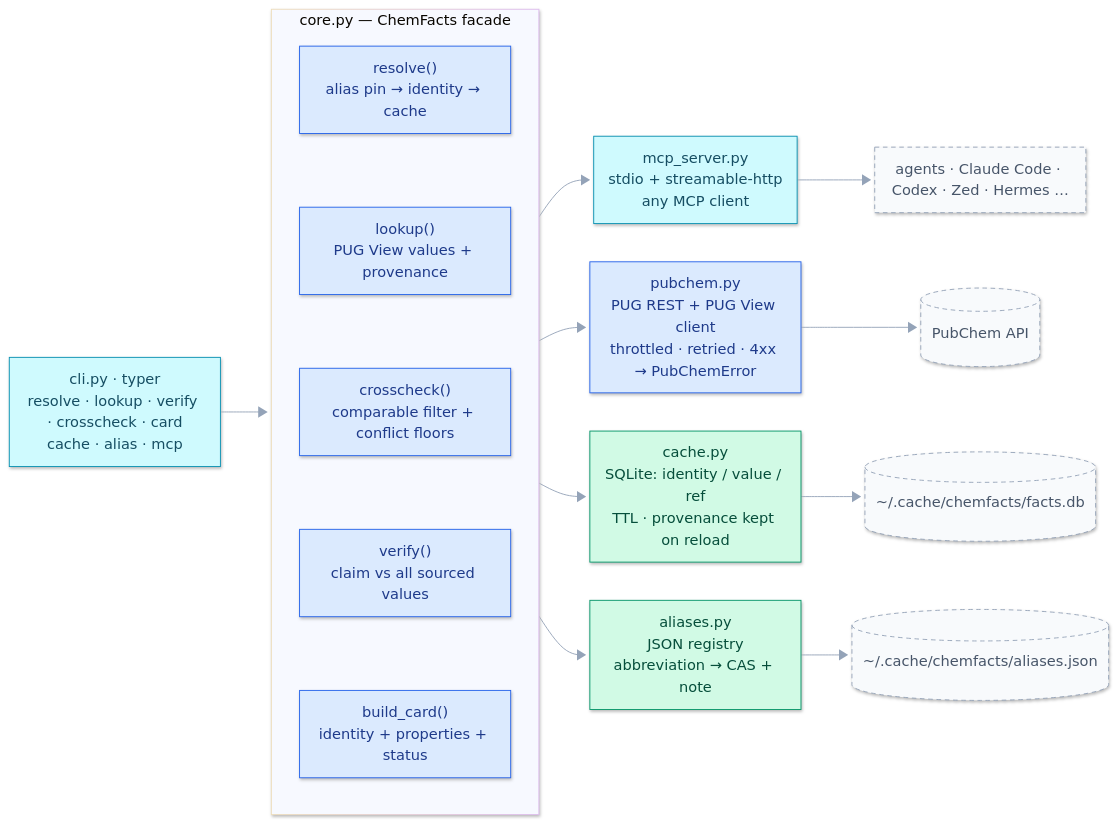
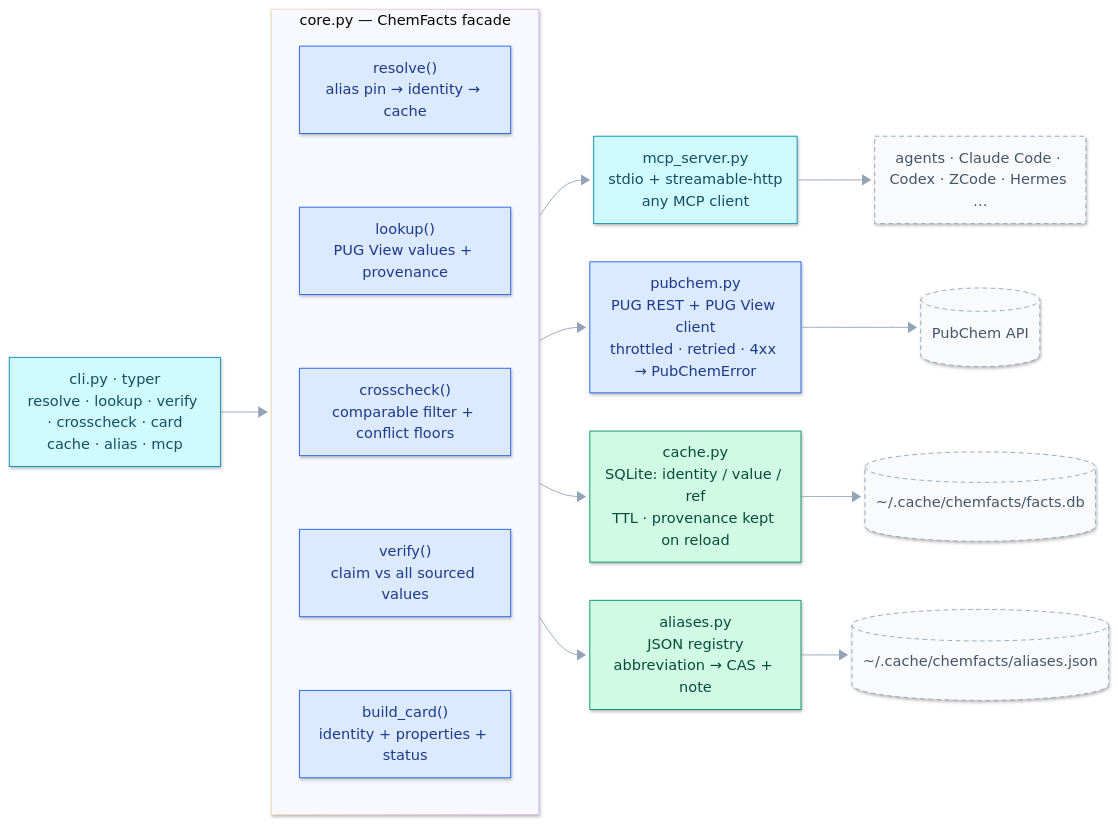
The fifth of 5 diagrams in README.md (CL4Y68/chemfacts), drawn with Mermaid before and after one commit. The commit also changed other lines of this file and 1 other file, not shown here.

Commit message:
docs: fix agent name — ZCode (Zhipu/Z.ai) where 'Zed' was wrongly written
The user's requirement list was Claude Code / Codex / ZCode / DeepSeek
harnesses; the README had drifted to 'Zed' (a different, Zed-editor) in
4 places (arch diagram node + MCP intro paragraph, EN+ZH). Verified
ZCode is an MCP client (mcpServers config, zcode.z.ai) and restored it.

````diff
--- a/README.md
+++ b/README.md
@@ -210,38 +210,38 @@
 ```mermaid
 %%{init: {"look": "neo", "theme": "base", "themeVariables": {"lineColor": "#94a3b8", "primaryTextColor": "#0f172a", "edgeLabelBackground": "#ffffff"}, "flowchart": {"curve": "basis", "htmlLabels": true, "nodeSpacing": 42, "rankSpacing": 56, "padding": 10}} }%%
 flowchart LR
     CLI["cli.py · typer<br/>resolve · lookup · verify · crosscheck · card<br/>cache · alias · mcp"]:::mcp
     subgraph CORE["core.py — ChemFacts facade"]
         direction TB
         R["resolve()<br/>alias pin → identity → cache"]:::proc
         L["lookup()<br/>PUG View values + provenance"]:::proc
         X["crosscheck()<br/>comparable filter + conflict floors"]:::proc
         V["verify()<br/>claim vs all sourced values"]:::proc
         C["build_card()<br/>identity + properties + status"]:::proc
 
         R ~~~ L
         L ~~~ X
         X ~~~ V
         V ~~~ C
     end
     CLI --> CORE
     M["mcp_server.py<br/>stdio + streamable-http<br/>any MCP client"]:::mcp
     CORE --> M
-    M --> AG["agents · Claude Code · Codex · Zed · Hermes …"]:::ext
+    M --> AG["agents · Claude Code · Codex · ZCode · Hermes …"]:::ext
     CORE --> P["pubchem.py<br/>PUG REST + PUG View client<br/>throttled · retried · 4xx → PubChemError"]:::proc
     CORE --> CA["cache.py<br/>SQLite: identity / value / ref<br/>TTL · provenance kept on reload"]:::store
     CORE --> AL["aliases.py<br/>JSON registry<br/>abbreviation → CAS + note"]:::store
     P --> PC[("PubChem API")]:::ext
     CA --> DB[("~/.cache/chemfacts/facts.db")]:::ext
     AL --> J[("~/.cache/chemfacts/aliases.json")]:::ext
     classDef io      fill:#e0e7ff,stroke:#4f46e5,stroke-width:2px,color:#312e81
     classDef proc    fill:#dbeafe,stroke:#2563eb,color:#1e3a8a
     classDef decide  fill:#fef3c7,stroke:#d97706,color:#78350f
     classDef store   fill:#d1fae5,stroke:#059669,color:#064e3b
     classDef ok      fill:#bbf7d0,stroke:#16a34a,stroke-width:2px,color:#14532d
     classDef warn    fill:#fecaca,stroke:#dc2626,stroke-width:2px,color:#7f1d1d
     classDef plain   fill:#e2e8f0,stroke:#64748b,color:#334155
     classDef card   fill:#ede9fe,stroke:#7c3aed,stroke-width:2px,color:#4c1d95
     classDef mcp    fill:#cffafe,stroke:#0891b2,color:#164e63
     classDef ext    fill:#f8fafc,stroke:#94a3b8,stroke-dasharray:5 4,color:#475569
 ```
````
